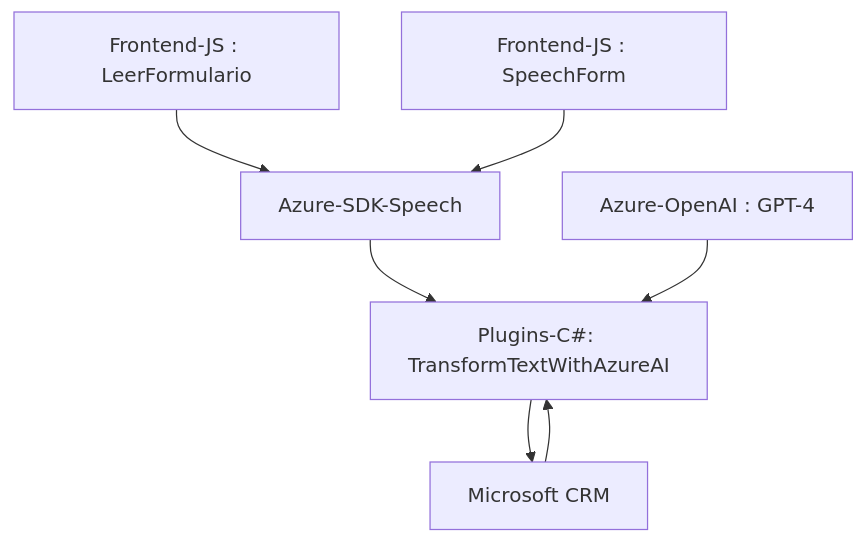
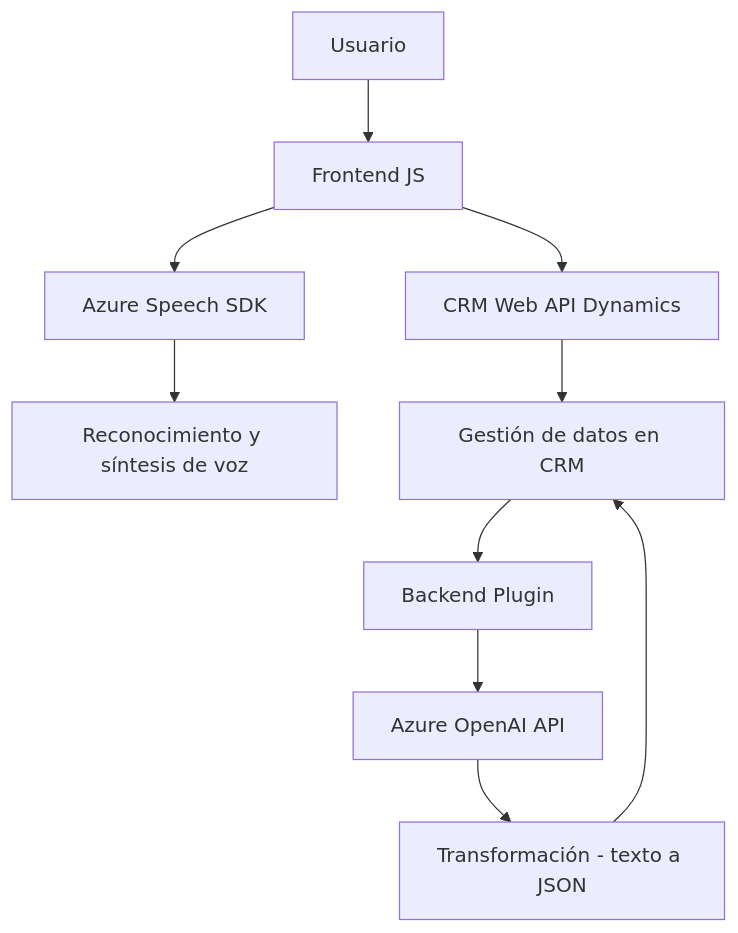
One commit to blopezdm/NETCORE_BILBAO2025 changed the diagram in README.md. Above: the diagram before and after it, drawn with Mermaid. The commit also changed other lines of this file, not shown here.

````diff
--- a/README.md
+++ b/README.md
@@ -70,16 +52,12 @@
 ```mermaid
 graph TD
-  A["Frontend-JS : LeerFormulario"]
-  B["Frontend-JS : SpeechForm"]
-  C["Azure-SDK-Speech"]
-  D["Microsoft CRM"]
-  E["Plugins-C#: TransformTextWithAzureAI"]
-  F["Azure-OpenAI : GPT-4"]
-  
-  A --> C
-  B --> C
-  C --> E
-  E --> D
-  D --> E
-  F --> E
+    A[Usuario] --> B[Frontend JS]
+    B --> C[Azure Speech SDK]
+    B --> D[CRM Web API Dynamics]
+    C --> E["Reconocimiento y síntesis de voz"]
+    D --> F["Gestión de datos en CRM"]
+    F --> J[Backend Plugin]
+    J --> K[Azure OpenAI API]
+    K --> L["Transformación - texto a JSON"]
+    L --> F
 ```
````
